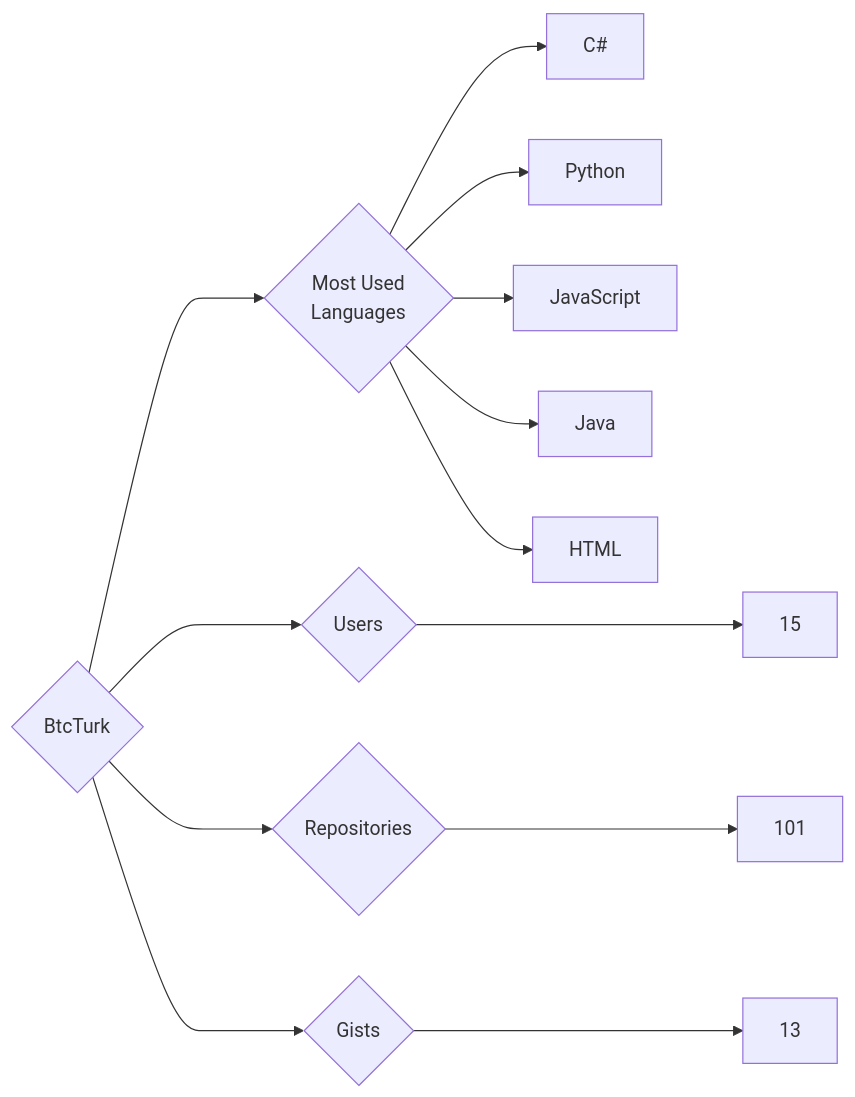
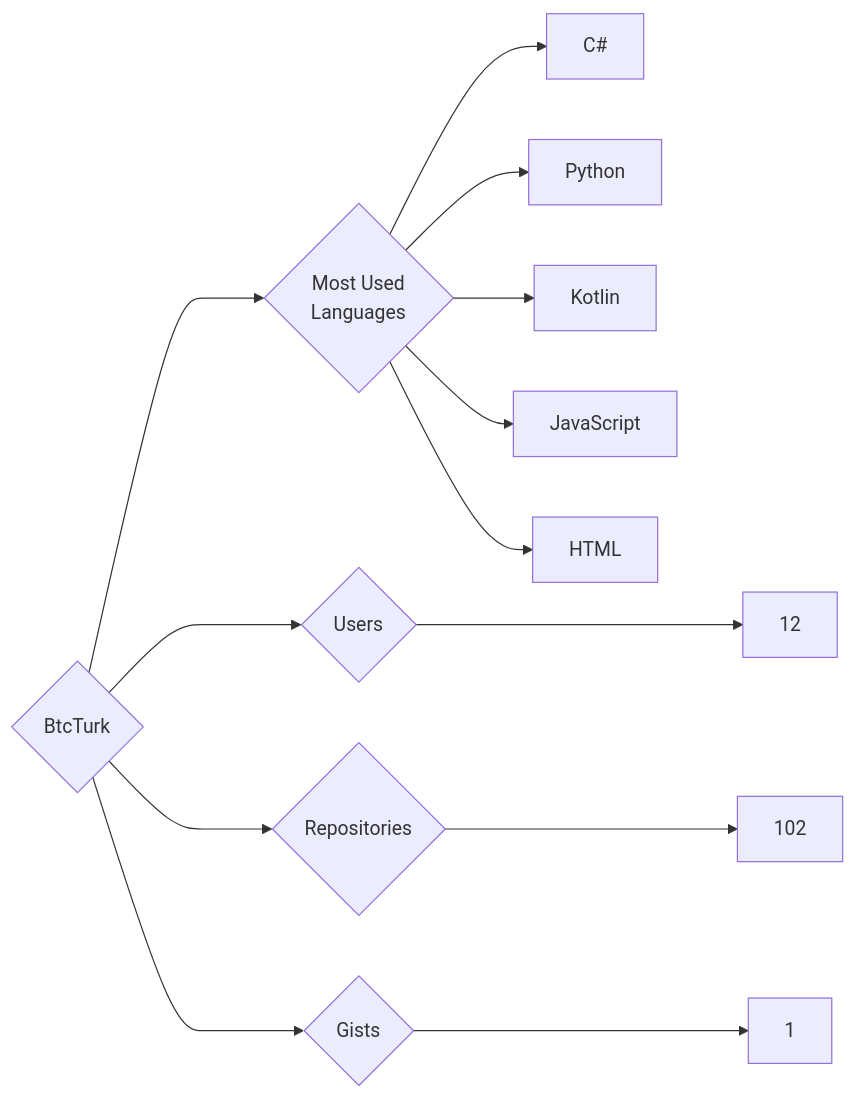
One commit to trickest/insiders changed the diagram in targets/BtcTurk/README.md. Above: the diagram before and after it, drawn with Mermaid. The commit also changed 736 other files, not shown here.

````diff
--- a/targets/BtcTurk/README.md
+++ b/targets/BtcTurk/README.md
@@ -3,13 +3,13 @@
 ```mermaid
 graph LR
 COMPANY_NAME{BtcTurk}
-COMPANY_NAME ---> U{Users} ---> UN[15]
-COMPANY_NAME ---> R{Repositories} ---> RN[101]
-COMPANY_NAME ---> G{Gists} ---> GN[13]
+COMPANY_NAME ---> U{Users} ---> UN[12]
+COMPANY_NAME ---> R{Repositories} ---> RN[102]
+COMPANY_NAME ---> G{Gists} ---> GN[1]
 COMPANY_NAME ---> ML{Most Used<br>Languages}
 ML --> C#[C#]
 ML --> Python[Python]
+ML --> Kotlin[Kotlin]
 ML --> JavaScript[JavaScript]
-ML --> Java[Java]
 ML --> HTML[HTML]
 ```
````
